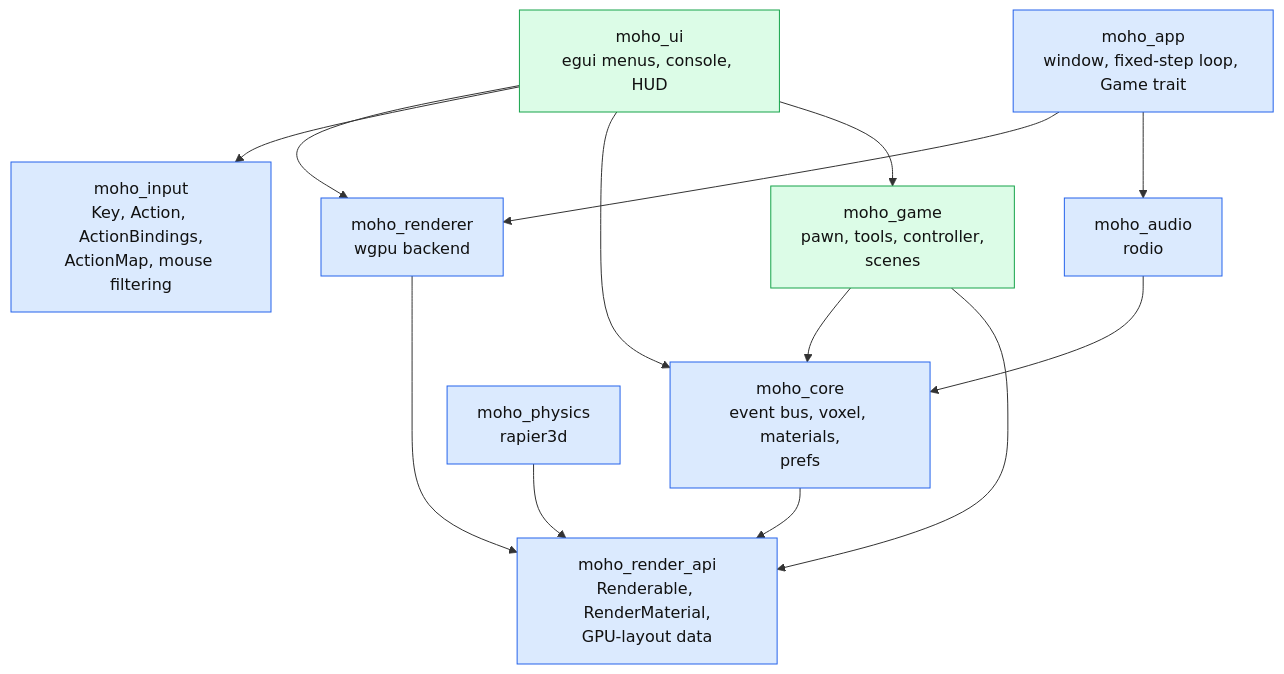
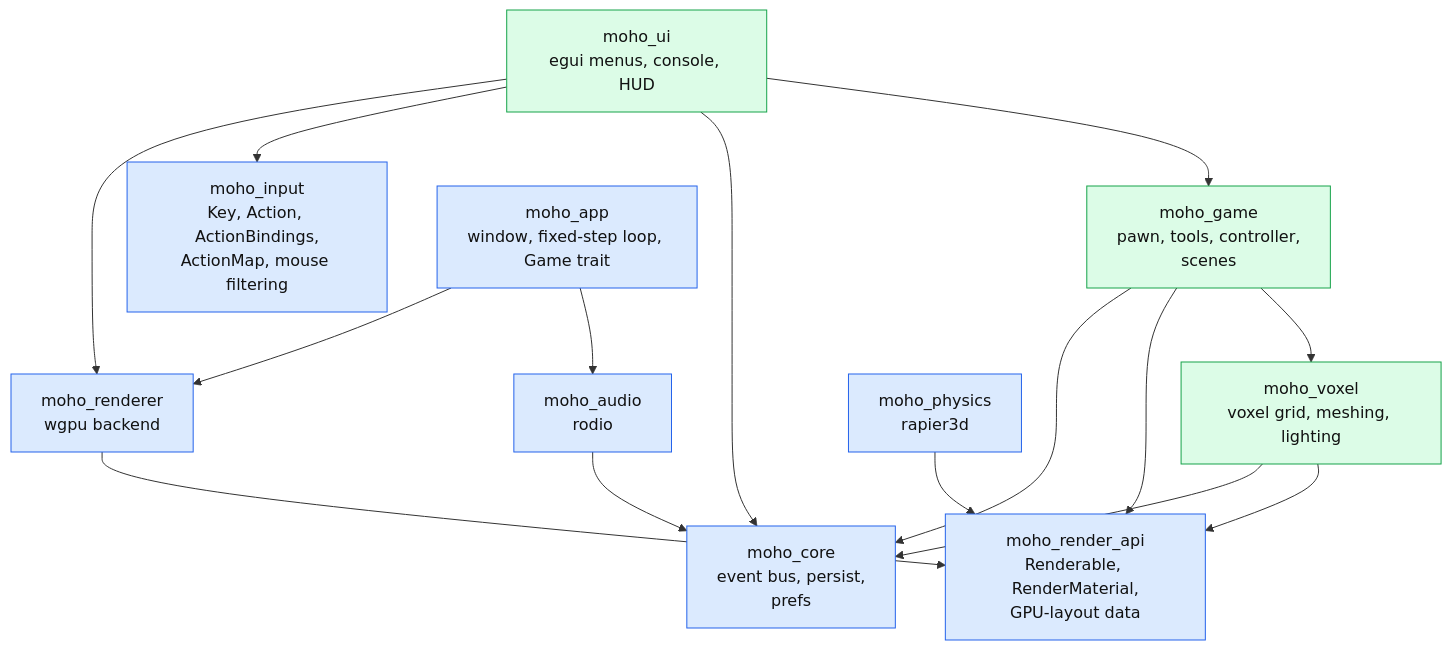
Before and after one commit to WrackedFella/moho: the first of 3 diagrams in wiki/architecture/overview.md, drawn with Mermaid. The commit also changed other lines of this file and 62 other files, not shown here.

First line of the commit message:
refactor(voxel): ENG-F10, voxel terrain and its types leave the engine (#259)

````diff
--- a/wiki/architecture/overview.md
+++ b/wiki/architecture/overview.md
@@ -17,24 +17,25 @@
 ```mermaid
 flowchart TD
     ui["moho_ui<br/>egui menus, console, HUD"]:::strategy
     game["moho_game<br/>pawn, tools, controller,<br/>scenes"]:::strategy
+    voxel["moho_voxel<br/>voxel grid, meshing, lighting"]:::strategy
 
     renderer["moho_renderer<br/>wgpu backend"]:::engine
     rapi["moho_render_api<br/>Renderable, RenderMaterial,<br/>GPU-layout data"]:::engine
-    core["moho_core<br/>event bus, voxel, materials,<br/>prefs"]:::engine
+    core["moho_core<br/>event bus, persist,<br/>prefs"]:::engine
     audio["moho_audio<br/>rodio"]:::engine
     physics["moho_physics<br/>rapier3d"]:::engine
     input["moho_input<br/>Key, Action, ActionBindings,<br/>ActionMap, mouse filtering"]:::engine
     app["moho_app<br/>window, fixed-step loop, Game trait"]:::engine
 
     ui --> renderer & input & core & game
-    game --> core & rapi
+    game --> core & rapi & voxel
+    voxel --> core & rapi
     renderer --> rapi
     app --> renderer & audio
     audio --> core
     physics --> rapi
-    core --> rapi
 
     classDef engine fill:#dbeafe,stroke:#2563eb,color:#111
     classDef strategy fill:#dcfce7,stroke:#16a34a,color:#111
 ```
````
